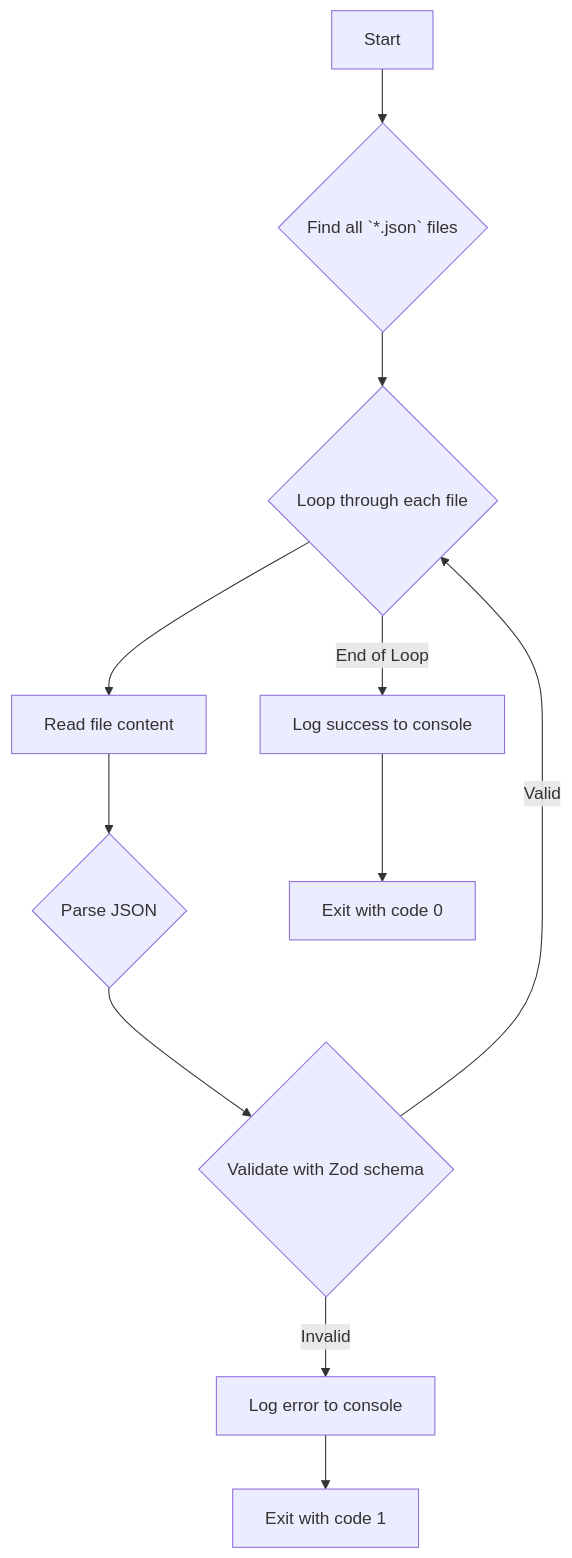
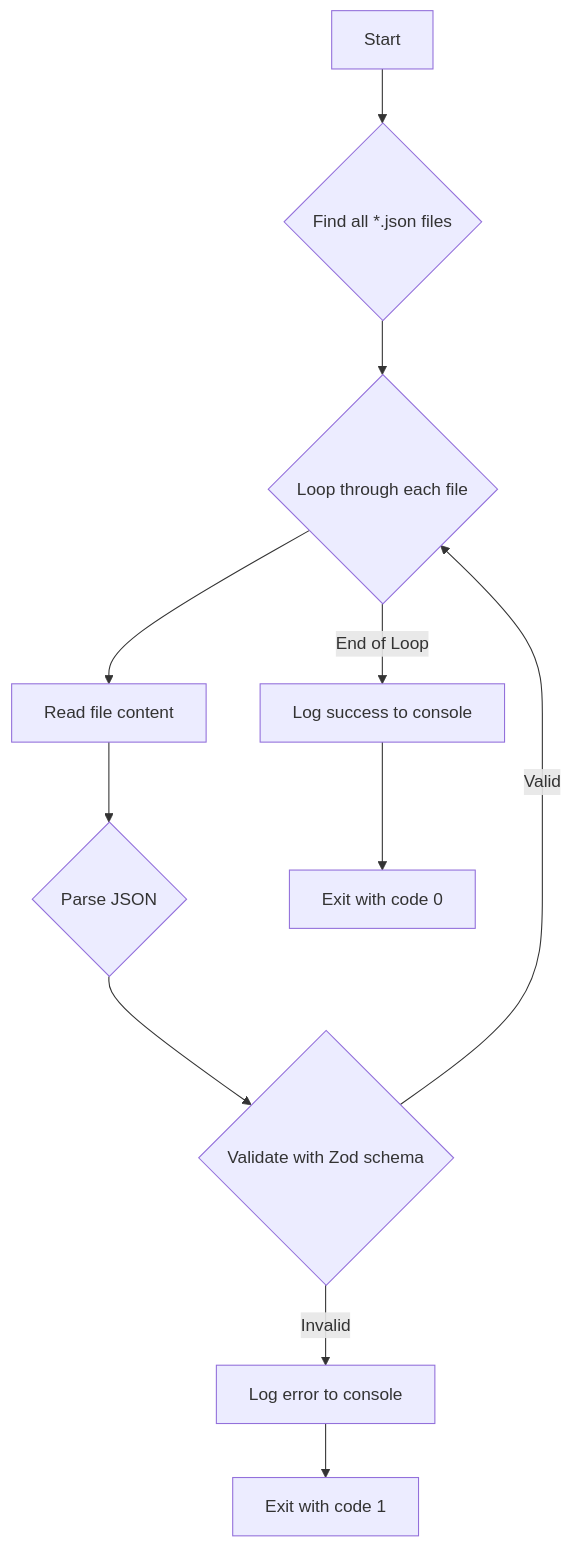
One commit to livelifelively/documentation-driven-development-tools changed the third of 4 diagrams in docs/requirements/p1.t29-implement-validator.task.md. Above: the diagram before and after it, drawn with Mermaid. The commit also changed other lines of this file and 19 other files, not shown here.

````diff
--- a/docs/requirements/p1.t29-implement-validator.task.md
+++ b/docs/requirements/p1.t29-implement-validator.task.md
@@ -112,13 +112,13 @@
 ```mermaid
 graph TD
-    A[Start] --> B{Find all `*.json` files};
+    A[Start] --> B{Find all *.json files};
     B --> C{Loop through each file};
     C --> D[Read file content];
     D --> E{Parse JSON};
     E --> F{Validate with Zod schema};
     F -- Invalid --> G[Log error to console];
     F -- Valid --> C;
     C -- End of Loop --> H[Log success to console];
     G --> I[Exit with code 1];
     H --> J[Exit with code 0];
 ```
````
